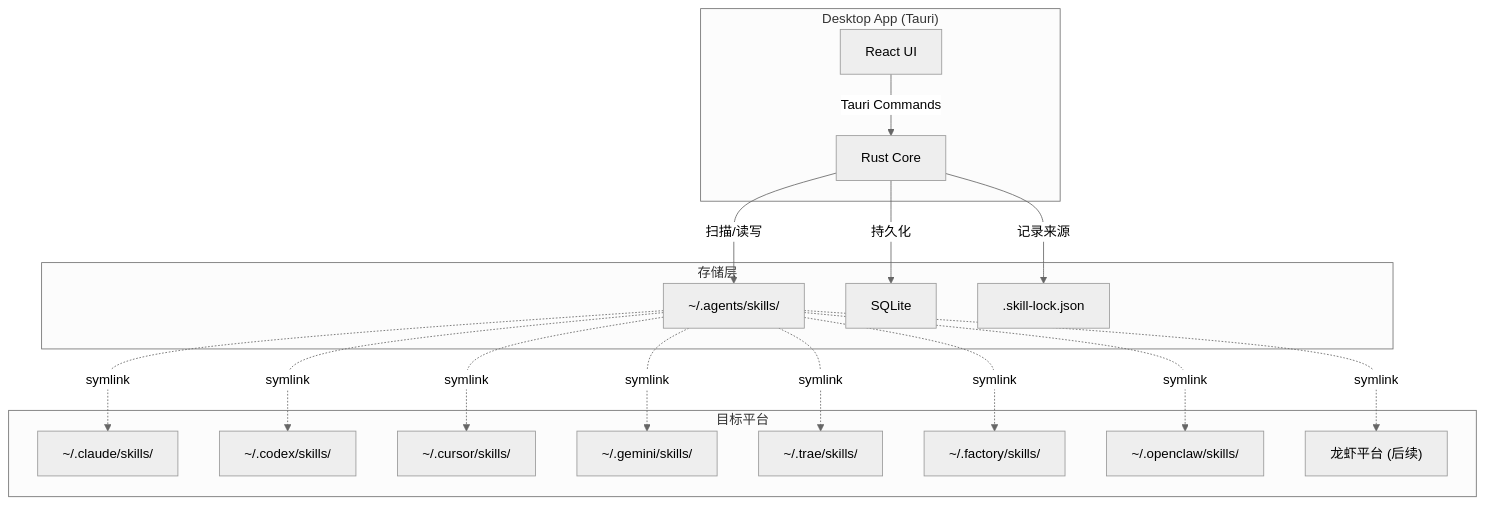
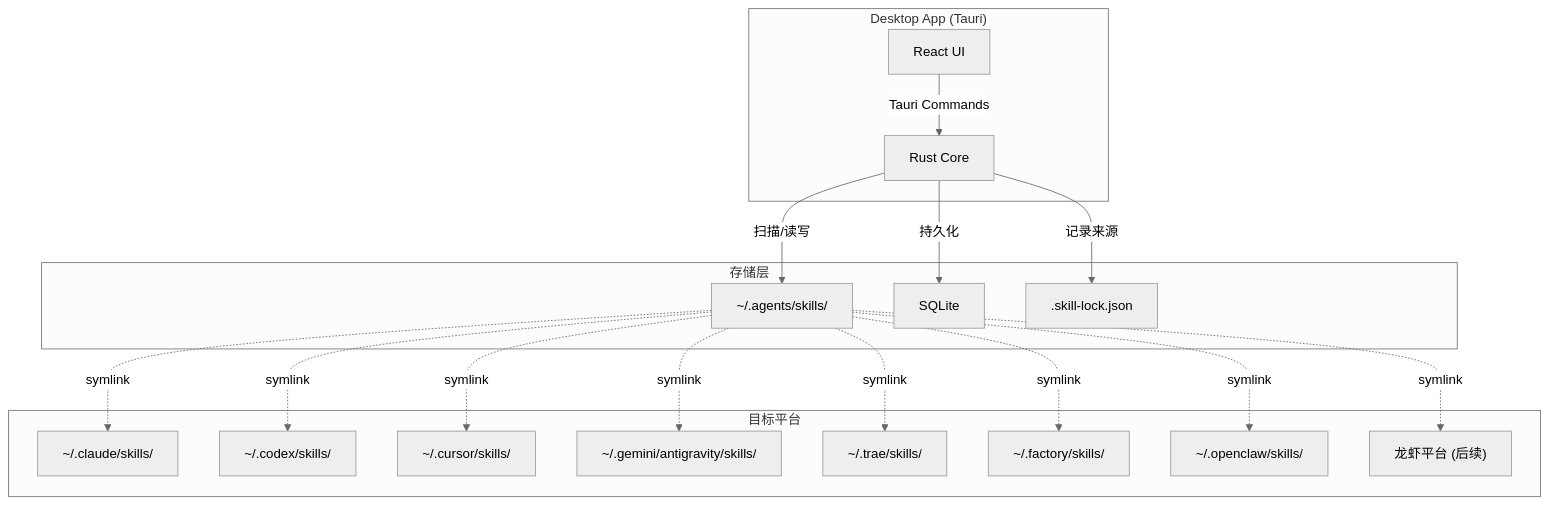
One commit to bahayonghang/skills-manage-windows changed the first of 2 diagrams in docs/desktop-design.md. Above: the diagram before and after it, drawn with Mermaid (neutral theme). The commit also changed other lines of this file and 16 other files, not shown here.

````diff
--- a/docs/desktop-design.md
+++ b/docs/desktop-design.md
@@ -38,37 +40,37 @@
 ```mermaid
 graph TB
     subgraph Desktop["Desktop App (Tauri)"]
         UI["React UI"]
         Rust["Rust Core"]
     end
 
     subgraph Storage["存储层"]
         Canon["~/.agents/skills/"]
         DB["SQLite"]
         Lock[".skill-lock.json"]
     end
 
     subgraph Platforms["目标平台"]
         CC["~/.claude/skills/"]
         CX["~/.codex/skills/"]
         CU["~/.cursor/skills/"]
-        GE["~/.gemini/skills/"]
+        GE["~/.gemini/antigravity/skills/"]
         TR["~/.trae/skills/"]
         DR["~/.factory/skills/"]
         OC["~/.openclaw/skills/"]
         LB["龙虾平台 (后续)"]
     end
 
     UI -- Tauri Commands --> Rust
     Rust -- 扫描/读写 --> Canon
     Rust -- 持久化 --> DB
     Rust -- 记录来源 --> Lock
     Canon -.->|symlink| CC
     Canon -.->|symlink| CX
     Canon -.->|symlink| CU
     Canon -.->|symlink| GE
     Canon -.->|symlink| TR
     Canon -.->|symlink| DR
     Canon -.->|symlink| OC
     Canon -.->|symlink| LB
 ```
````
